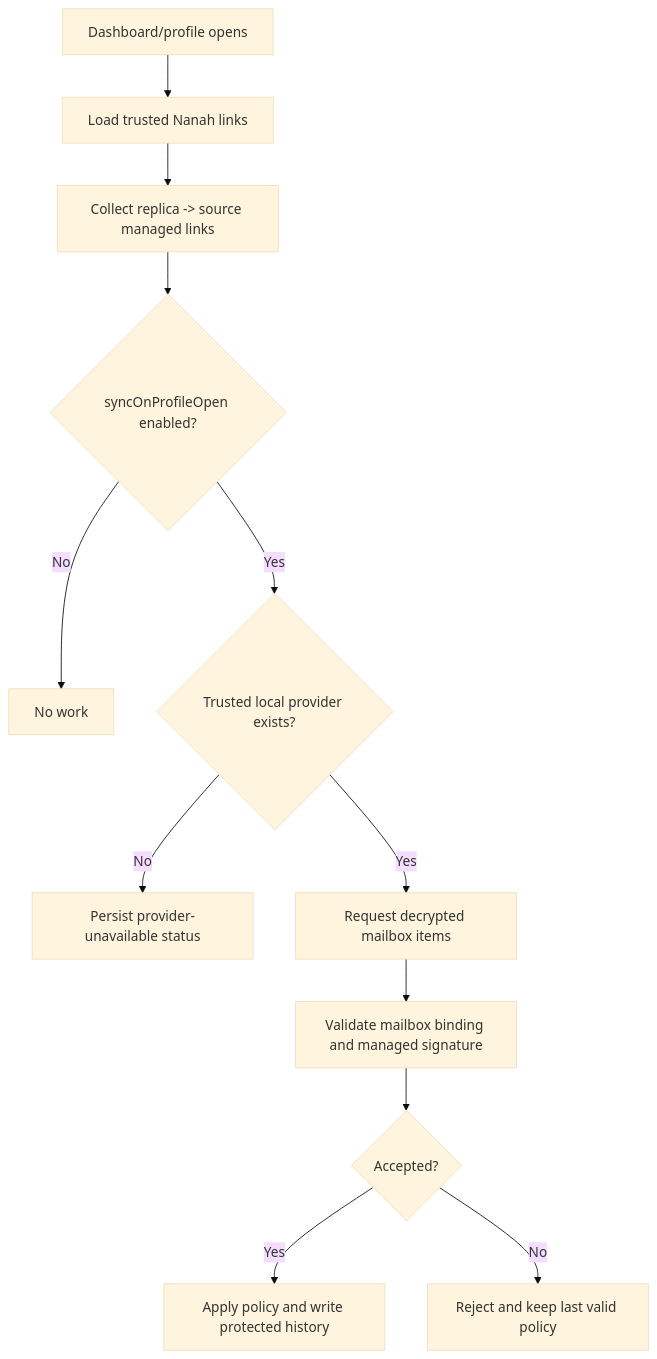
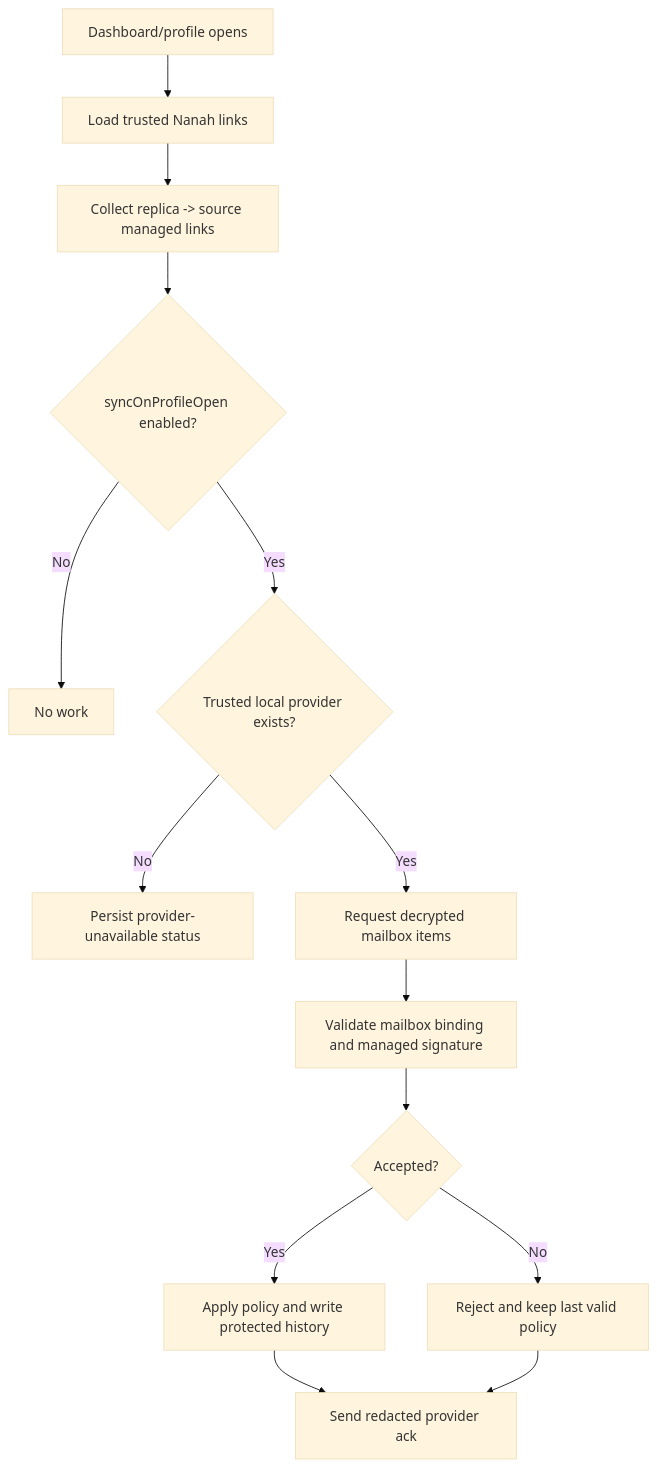
One commit to varshneydevansh/FilterTube changed the diagram in docs/audit/FILTERTUBE_NANAH_MANAGED_PULL_ON_OPEN_2026-06-04.md. Above: the diagram before and after it, drawn with Mermaid (base theme). The commit also changed other lines of this file and 48 other files, not shown here.

````diff
--- a/docs/audit/FILTERTUBE_NANAH_MANAGED_PULL_ON_OPEN_2026-06-04.md
+++ b/docs/audit/FILTERTUBE_NANAH_MANAGED_PULL_ON_OPEN_2026-06-04.md
@@ -28,14 +29,16 @@
 ```mermaid
 flowchart TD
   A["Dashboard/profile opens"] --> B["Load trusted Nanah links"]
   B --> C["Collect replica -> source managed links"]
   C --> D{"syncOnProfileOpen enabled?"}
   D -->|No| E["No work"]
   D -->|Yes| F{"Trusted local provider exists?"}
   F -->|No| G["Persist provider-unavailable status"]
   F -->|Yes| H["Request decrypted mailbox items"]
   H --> I["Validate mailbox binding and managed signature"]
   I --> J{"Accepted?"}
   J -->|Yes| K["Apply policy and write protected history"]
   J -->|No| L["Reject and keep last valid policy"]
+  K --> M["Send redacted provider ack"]
+  L --> M
 ```
````
